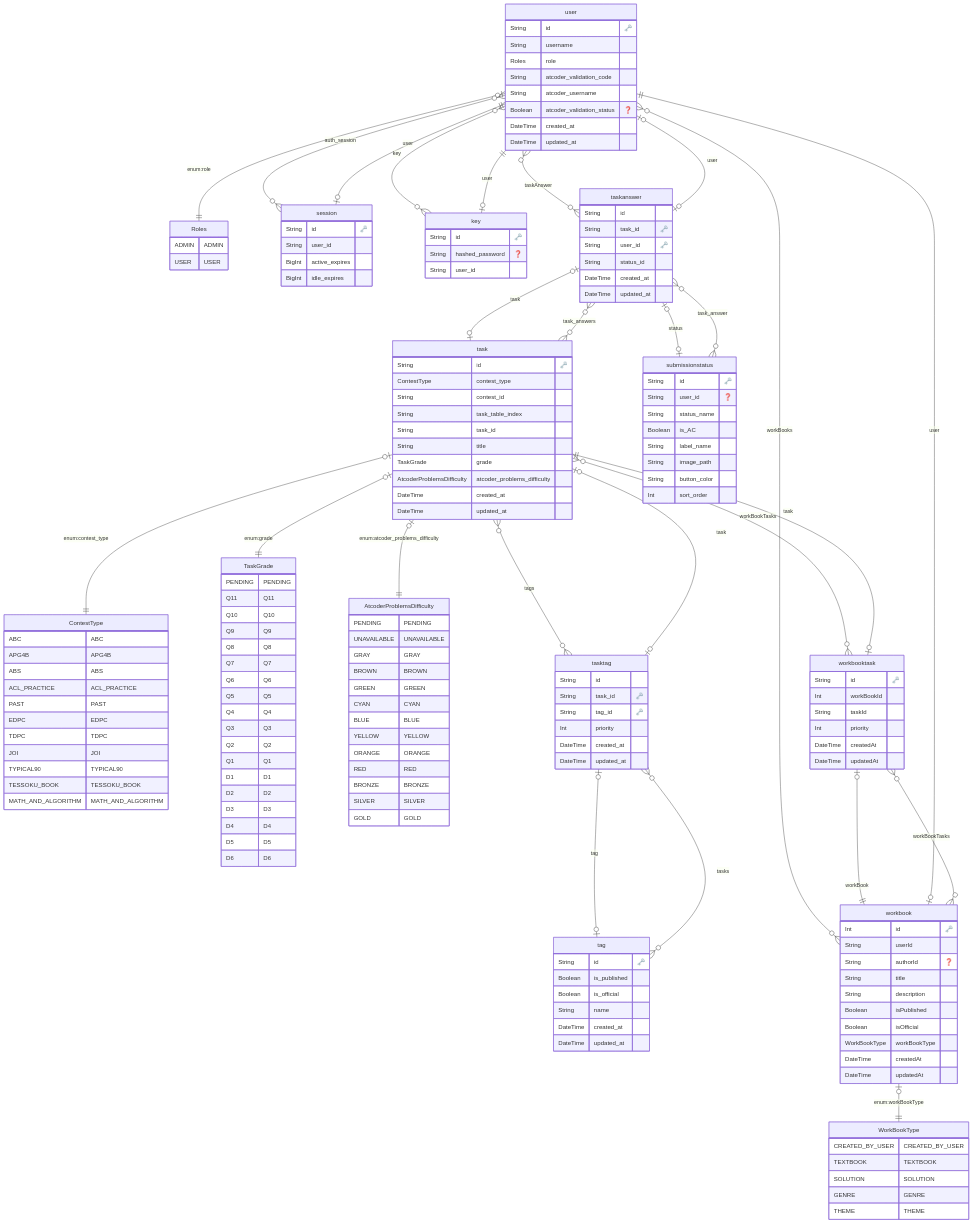
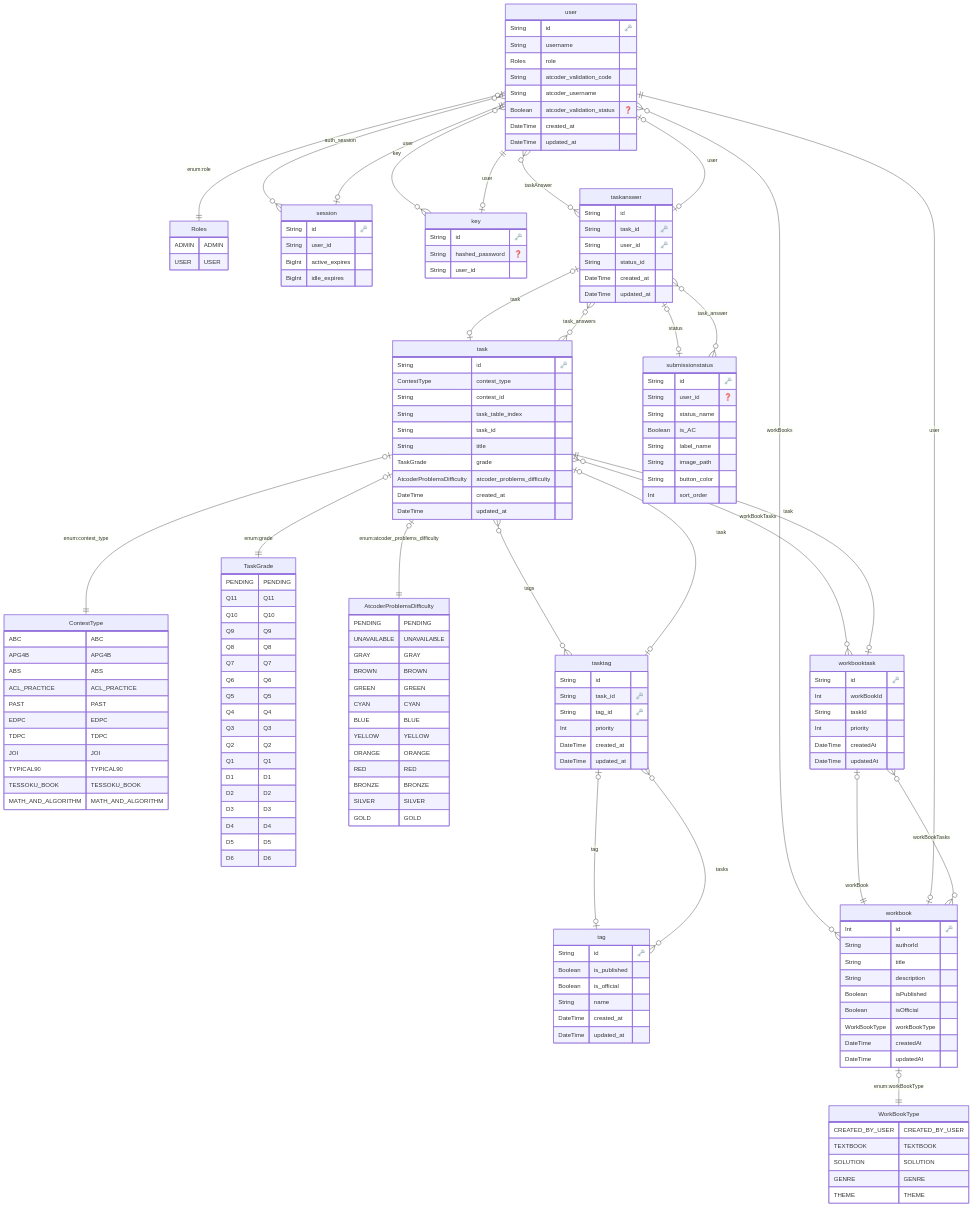
The diagram in prisma/ERD.md (AtCoder-NoviSteps/AtCoderNoviSteps), drawn with Mermaid before and after one commit. The commit also changed 14 other files, not shown here.

Commit message:
♻️ Rename userId to authorId in workbook (#789)

```diff
--- a/prisma/ERD.md
+++ b/prisma/ERD.md
@@ -158,8 +158,7 @@
 
   "workbook" {
     Int id "🗝️"
-    String userId 
-    String authorId "❓"
+    String authorId 
     String title 
     String description 
     Boolean isPublished 
```
